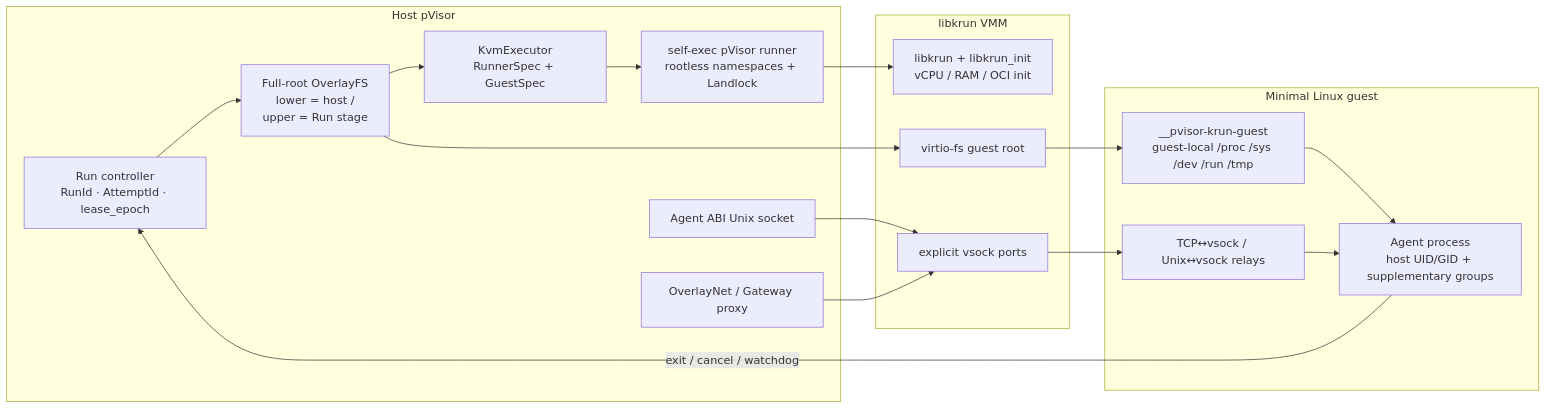
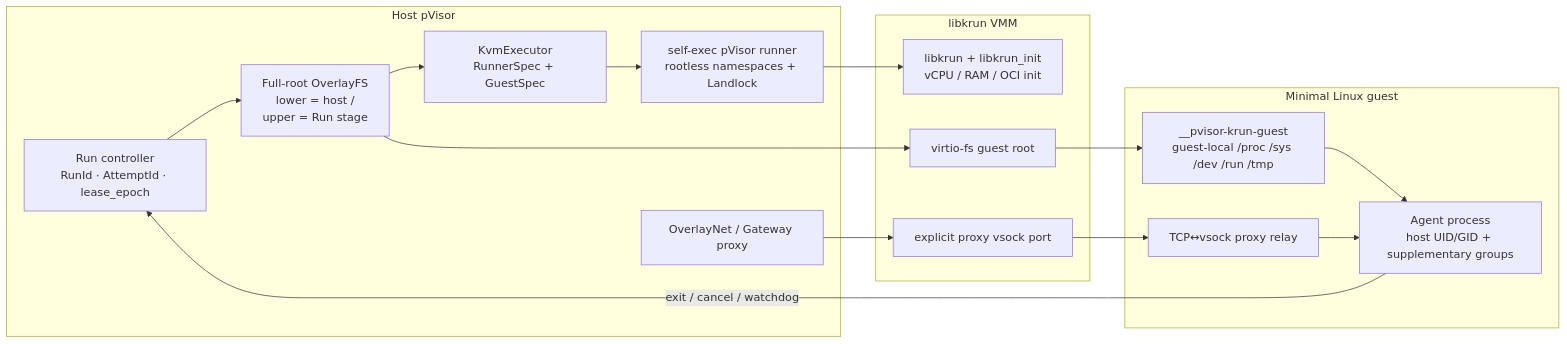
The third of 4 diagrams in docs/src/design/agent-infrastructure.md (DeepLink-org/Persisting), drawn with Mermaid before and after one commit. The commit also changed other lines of this file and 32 other files, not shown here.

Commit message:
refactor: remove Agent ABI runtime contract

````diff
--- a/docs/src/design/agent-infrastructure.md
+++ b/docs/src/design/agent-infrastructure.md
@@ -314,30 +315,28 @@
 ```mermaid
 flowchart LR
   subgraph HOST["Host pVisor"]
     RC["Run controller<br/>RunId · AttemptId · lease_epoch"]
     OFS["Full-root OverlayFS<br/>lower = host /<br/>upper = Run stage"]
     KEX["KvmExecutor<br/>RunnerSpec + GuestSpec"]
-    ABI["Agent ABI Unix socket"]
     NET["OverlayNet / Gateway proxy"]
     RR["self-exec pVisor runner<br/>rootless namespaces + Landlock"]
   end
 
   subgraph VMM["libkrun VMM"]
     KRUN["libkrun + libkrun_init<br/>vCPU / RAM / OCI init"]
     VFS["virtio-fs guest root"]
-    VSOCK["explicit vsock ports"]
+    VSOCK["explicit proxy vsock port"]
   end
 
   subgraph GUEST["Minimal Linux guest"]
     INIT["__pvisor-krun-guest<br/>guest-local /proc /sys /dev /run /tmp"]
-    RELAY["TCP↔vsock / Unix↔vsock relays"]
+    RELAY["TCP↔vsock proxy relay"]
     AGENT["Agent process<br/>host UID/GID + supplementary groups"]
   end
 
   RC --> OFS --> KEX --> RR --> KRUN
   OFS --> VFS --> INIT --> AGENT
-  ABI --> VSOCK
   NET --> VSOCK
   VSOCK --> RELAY --> AGENT
   AGENT -->|"exit / cancel / watchdog"| RC
 ```
````
